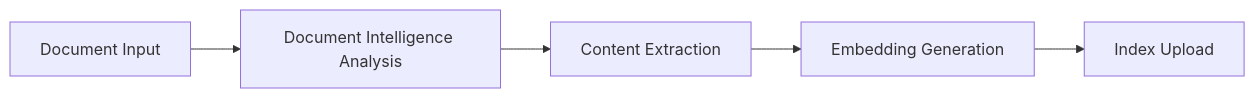
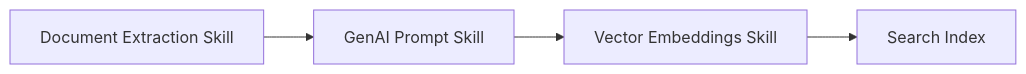
Before and after one commit to kingsbayanalytics/azure-ai-search-multimodal-sample: the first of 6 diagrams in README.md, drawn with Mermaid. The commit also changed other lines of this file and 9 other files, not shown here.

````diff
--- a/README.md
+++ b/README.md
@@ -294,7 +306,6 @@
 ```mermaid
 flowchart LR
-    A[Document Input] --> B[Document Intelligence Analysis]
-    B --> C[Content Extraction]
-    C --> D[Embedding Generation]
-    D --> E[Index Upload]
+    A[Document Extraction Skill] --> B[GenAI Prompt Skill]
+    B --> C[Vector Embeddings Skill]
+    C --> D[Search Index]
 ```
````
